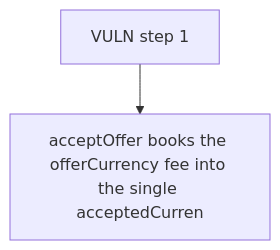
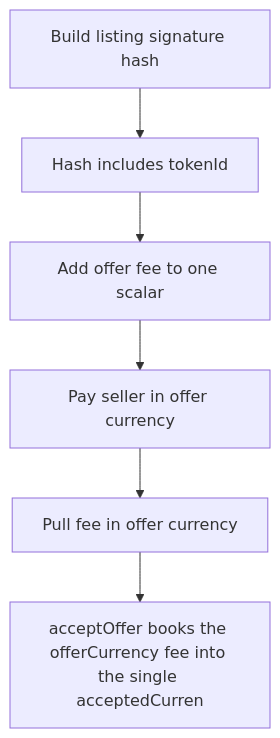
Before and after one commit to sanbir/evm-hack-registry: the diagram in 62542-h-05-currency-validation-missing-in-listing-and-offer-reques_exp/62542-h-05-currency-validation-missing-in-listing-and-offer-reques_exp.md, drawn with Mermaid. The commit also changed other lines of this file and 79 other files, not shown here.

````diff
--- a/62542-h-05-currency-validation-missing-in-listing-and-offer-reques_exp/62542-h-05-currency-validation-missing-in-listing-and-offer-reques_exp.md
+++ b/62542-h-05-currency-validation-missing-in-listing-and-offer-reques_exp/62542-h-05-currency-validation-missing-in-listing-and-offer-reques_exp.md
@@ -28,6 +28,14 @@
 ```mermaid
 flowchart TD
-  S0["VULN step 1"]
+  S0["Build listing signature hash"]
+  S1["Hash includes tokenId"]
+  S2["Add offer fee to one scalar"]
+  S3["Pay seller in offer currency"]
+  S4["Pull fee in offer currency"]
   H["acceptOffer books the offerCurrency fee into the single acceptedCurren"]
-  S0 --> H
+  S0 --> S1
+  S1 --> S2
+  S2 --> S3
+  S3 --> S4
+  S4 --> H
 ```
````
